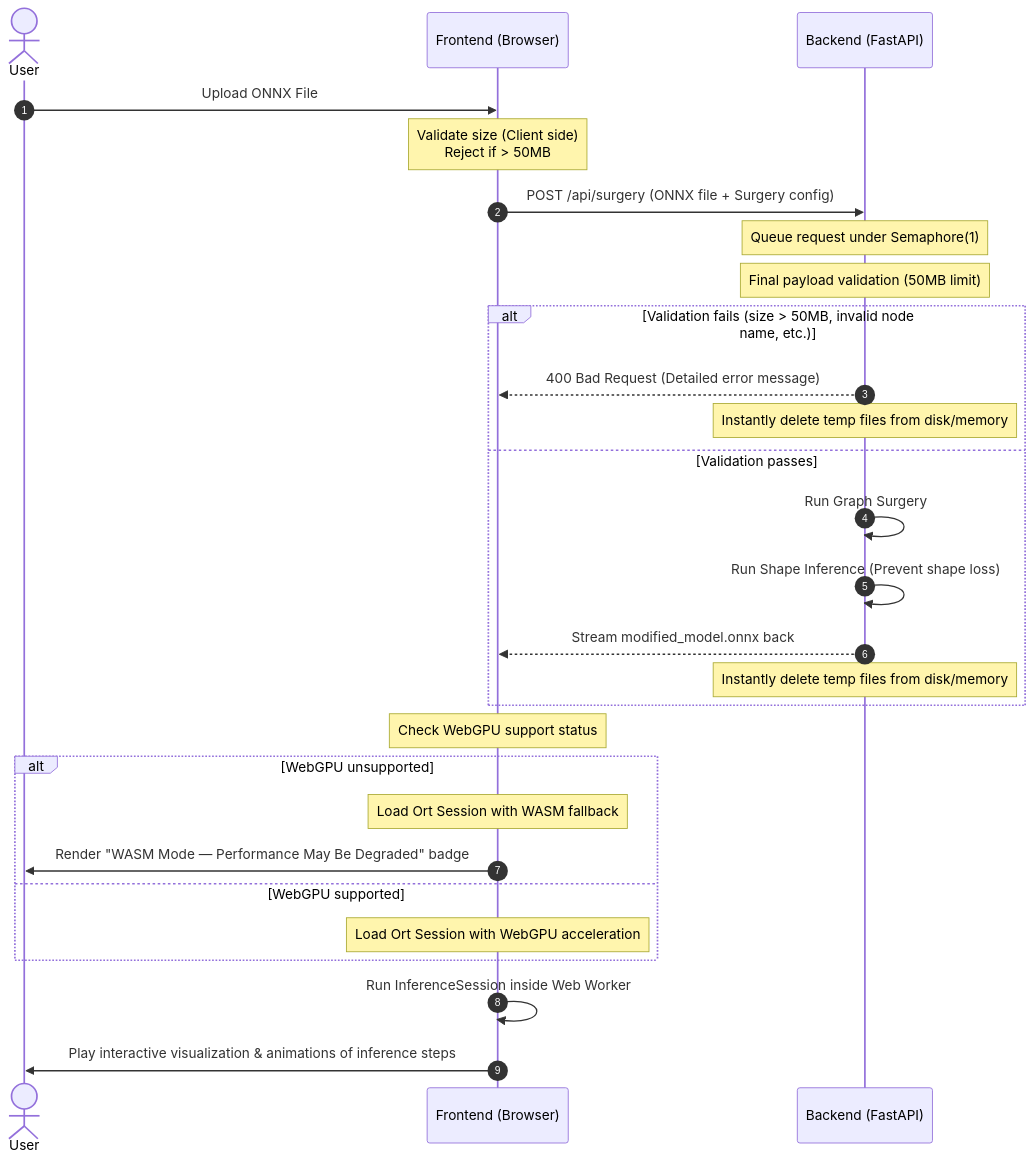
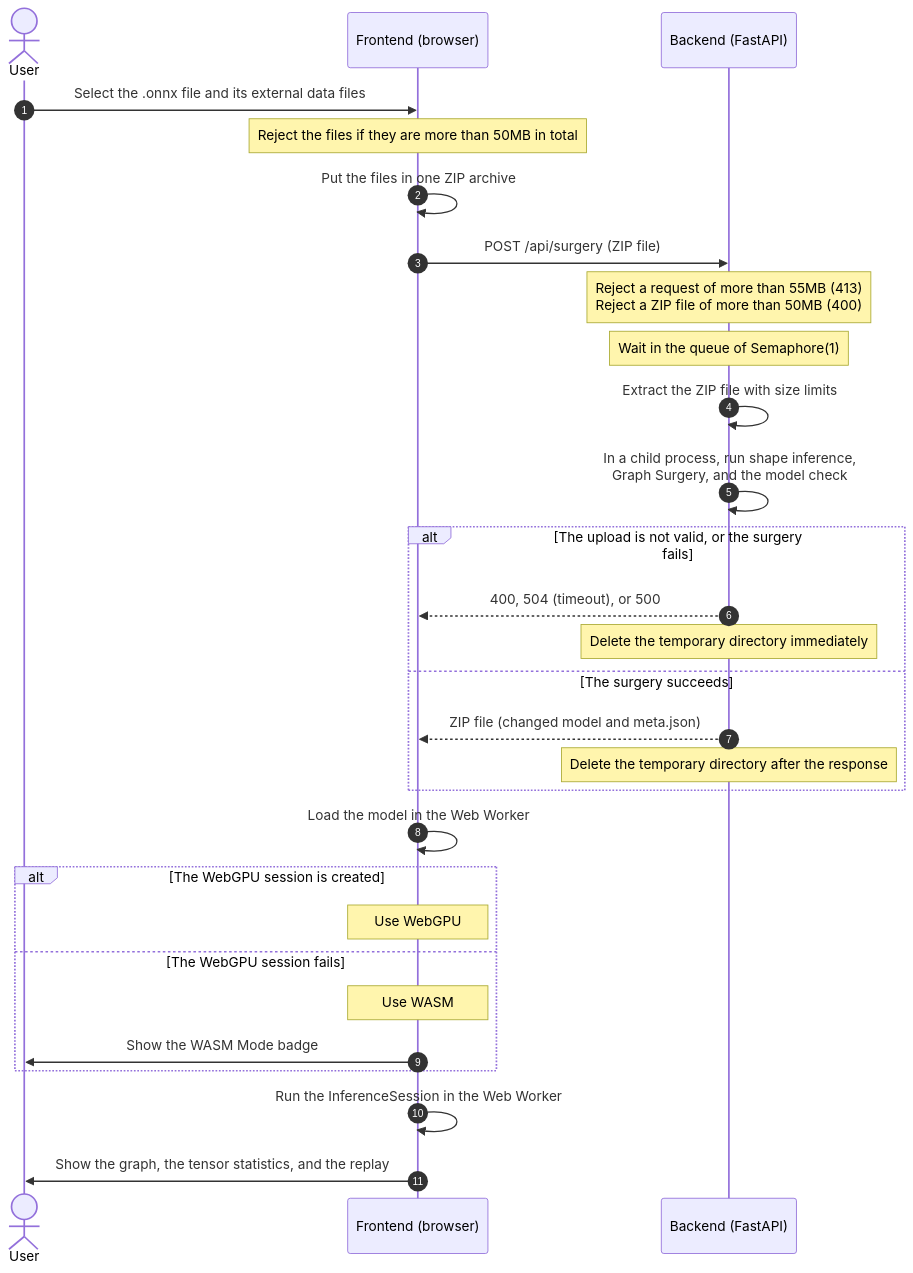
One commit to Utaewook/StringLights changed the diagram in docs/guide/03_architecture.md. Above: the diagram before and after it, drawn with Mermaid. The commit also changed other lines of this file and 1 other file, not shown here.

First line of the commit message:
docs: align the architecture guide with the code

````diff
--- a/docs/guide/03_architecture.md
+++ b/docs/guide/03_architecture.md
@@ -27,35 +51,36 @@
 ```mermaid
 sequenceDiagram
     autonumber
-    actor User as User
-    participant Client as Frontend (Browser)
+    actor User
+    participant Client as Frontend (browser)
     participant Server as Backend (FastAPI)
 
-    User->>Client: Upload ONNX File
-    Note over Client: Validate size (Client side)<br/>Reject if > 50MB
-    Client->>Server: POST /api/surgery (ONNX file + Surgery config)
-    
-    Note over Server: Queue request under Semaphore(1)
-    Note over Server: Final payload validation (50MB limit)
-    
-    alt Validation fails (size > 50MB, invalid node name, etc.)
-        Server-->>Client: 400 Bad Request (Detailed error message)
-        Note over Server: Instantly delete temp files from disk/memory
-    else Validation passes
-        Server->>Server: Run Graph Surgery
-        Server->>Server: Run Shape Inference (Prevent shape loss)
-        Server-->>Client: Stream modified_model.onnx back
-        Note over Server: Instantly delete temp files from disk/memory
+    User->>Client: Select the .onnx file and its external data files
+    Note over Client: Reject the files if they are more than 50MB in total
+    Client->>Client: Put the files in one ZIP archive
+    Client->>Server: POST /api/surgery (ZIP file)
+
+    Note over Server: Reject a request of more than 55MB (413)<br/>Reject a ZIP file of more than 50MB (400)
+    Note over Server: Wait in the queue of Semaphore(1)
+    Server->>Server: Extract the ZIP file with size limits
+    Server->>Server: In a child process, run shape inference,<br/>Graph Surgery, and the model check
+
+    alt The upload is not valid, or the surgery fails
+        Server-->>Client: 400, 504 (timeout), or 500
+        Note over Server: Delete the temporary directory immediately
+    else The surgery succeeds
+        Server-->>Client: ZIP file (changed model and meta.json)
+        Note over Server: Delete the temporary directory after the response
     end
 
-    Note over Client: Check WebGPU support status
-    alt WebGPU unsupported
-        Note over Client: Load Ort Session with WASM fallback
-        Client->>User: Render "WASM Mode — Performance May Be Degraded" badge
-    else WebGPU supported
-        Note over Client: Load Ort Session with WebGPU acceleration
+    Client->>Client: Load the model in the Web Worker
+    alt The WebGPU session is created
+        Note over Client: Use WebGPU
+    else The WebGPU session fails
+        Note over Client: Use WASM
+        Client->>User: Show the WASM Mode badge
     end
 
-    Client->>Client: Run InferenceSession inside Web Worker
-    Client->>User: Play interactive visualization & animations of inference steps
+    Client->>Client: Run the InferenceSession in the Web Worker
+    Client->>User: Show the graph, the tensor statistics, and the replay
 ```
````
